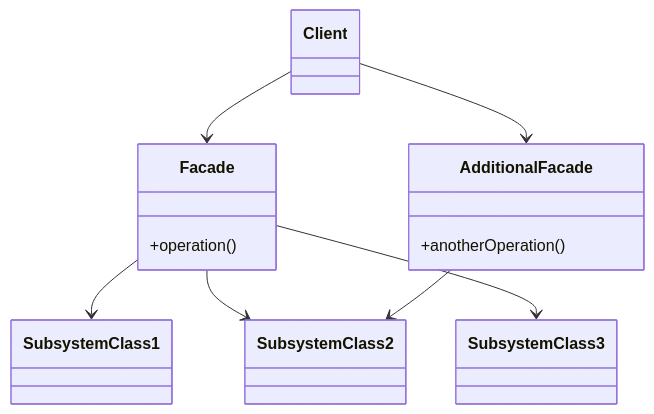
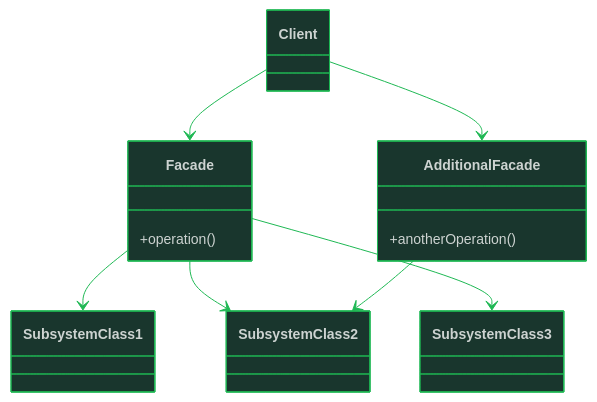
One commit to oat431/swe-knowledge changed the diagram in software-engineering-note/03_Software_Design/Design Pattern/03-Structural/facade.md. Above: the diagram before and after it, drawn with Mermaid. The commit also changed other lines of this file and 116 other files, not shown here.

````diff
--- a/software-engineering-note/03_Software_Design/Design Pattern/03-Structural/facade.md
+++ b/software-engineering-note/03_Software_Design/Design Pattern/03-Structural/facade.md
@@ -47,19 +47,20 @@
 ```mermaid
+%%{init: {'theme':'base','themeVariables':{'background':'#1B1717','primaryColor':'#19362D','primaryTextColor':'#CDD3D1','primaryBorderColor':'#1FB854','lineColor':'#1FB854','secondaryColor':'#161212','tertiaryColor':'#1B1717','classText':'#CDD3D1','mainBkg':'#19362D','nodeBorder':'#1FB854','titleColor':'#1FB854','edgeLabelBackground':'#161212','fontSize':'14px'}}}%%
 classDiagram
     class Facade {
         +operation()
     }
     class AdditionalFacade {
         +anotherOperation()
     }
     class SubsystemClass1
     class SubsystemClass2
     class SubsystemClass3
     class Client
     Client --> Facade
     Facade --> SubsystemClass1
     Facade --> SubsystemClass2
     Facade --> SubsystemClass3
     Client --> AdditionalFacade
     AdditionalFacade --> SubsystemClass2
 ```
````
